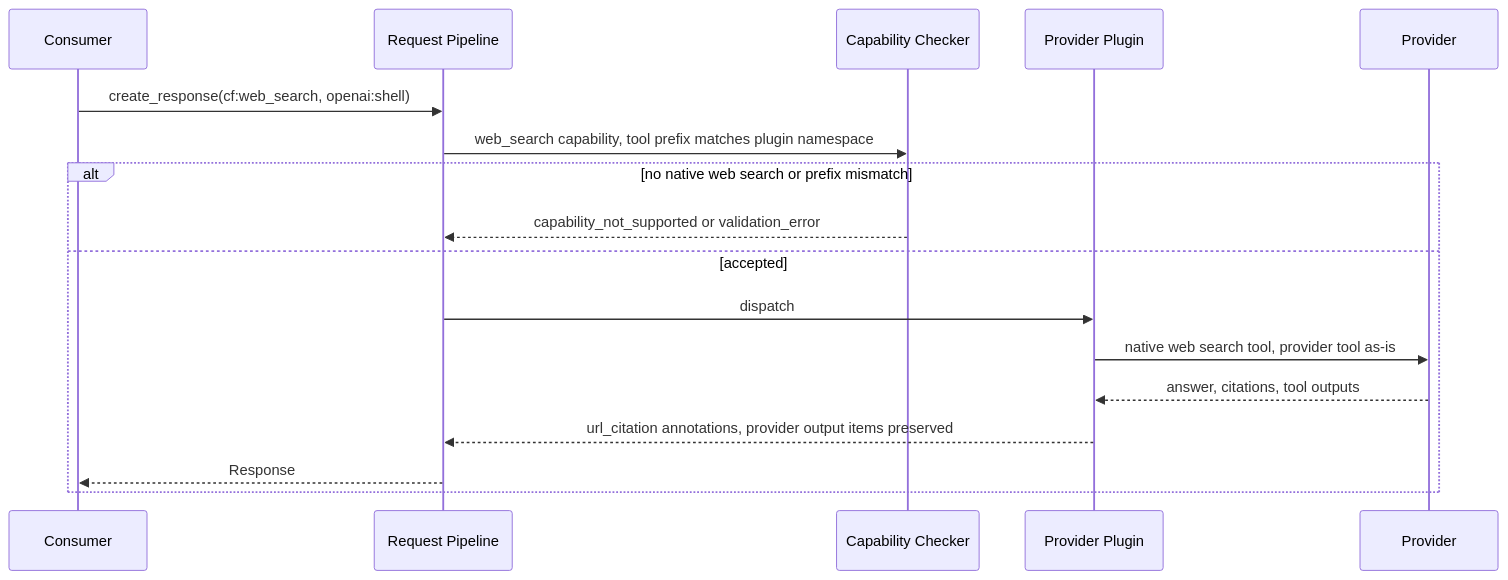
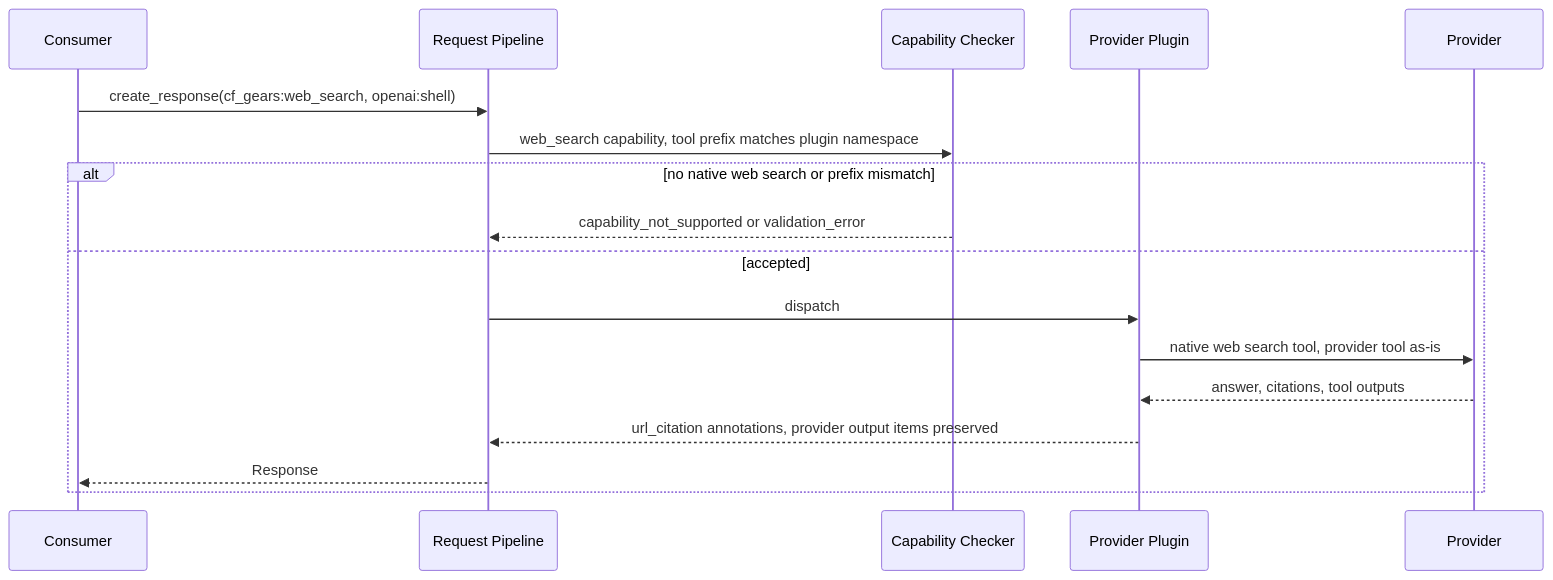
One commit to AndIConstructor/gears-rust changed the tenth of 14 diagrams in gears/llm-gateway/docs/DESIGN.md. Above: the diagram before and after it, drawn with Mermaid. The commit also changed other lines of this file and 1 other file, not shown here.

````diff
--- a/gears/llm-gateway/docs/DESIGN.md
+++ b/gears/llm-gateway/docs/DESIGN.md
@@ -1012,19 +980,19 @@
 ```mermaid
 sequenceDiagram
     participant C as Consumer
     participant P as Request Pipeline
     participant CC as Capability Checker
     participant PL as Provider Plugin
     participant PR as Provider
-    C->>P: create_response(cf:web_search, openai:shell)
+    C->>P: create_response(cf_gears:web_search, openai:shell)
     P->>CC: web_search capability, tool prefix matches plugin namespace
     alt no native web search or prefix mismatch
         CC-->>P: capability_not_supported or validation_error
     else accepted
         P->>PL: dispatch
         PL->>PR: native web search tool, provider tool as-is
         PR-->>PL: answer, citations, tool outputs
         PL-->>P: url_citation annotations, provider output items preserved
         P-->>C: Response
     end
 ```
````
